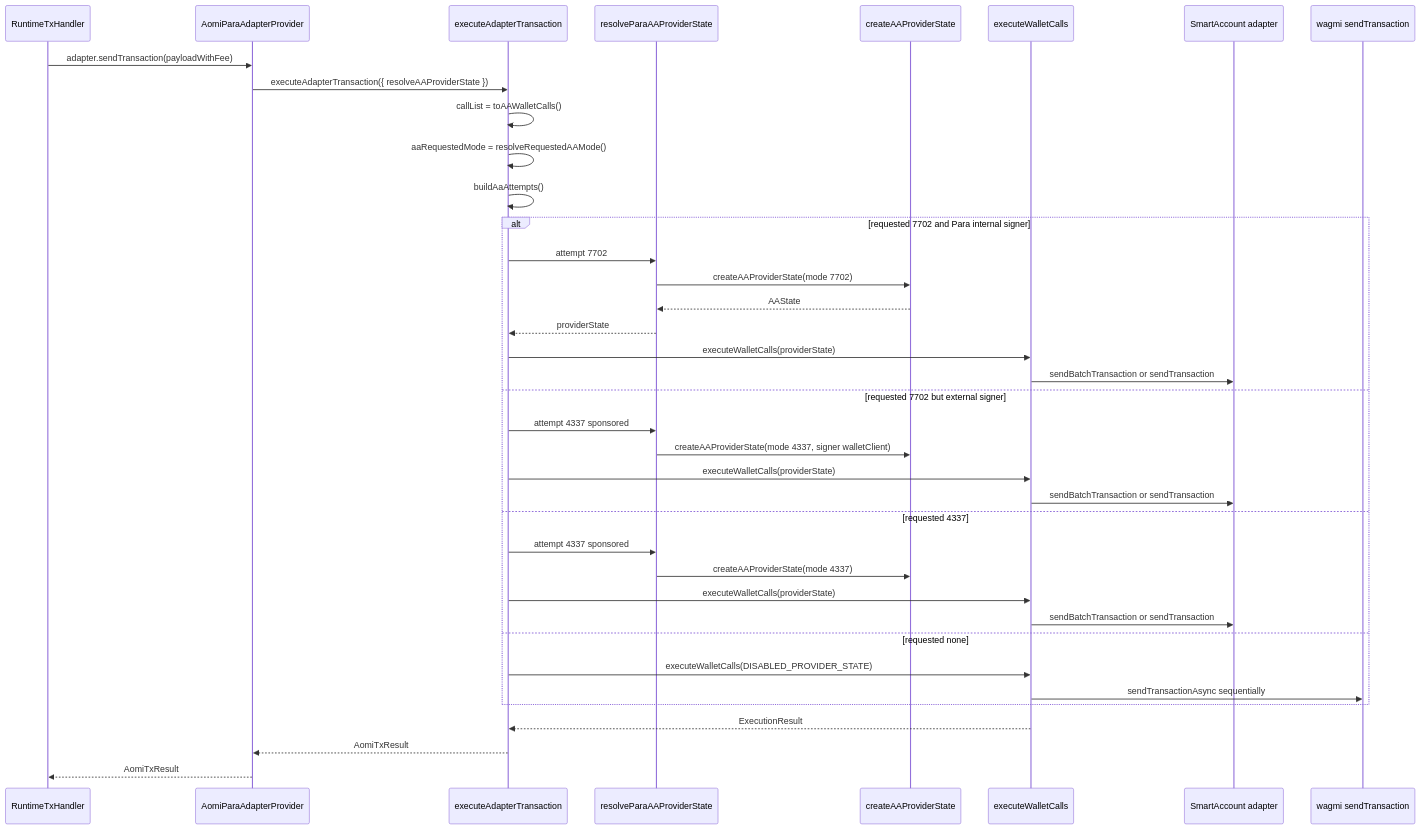
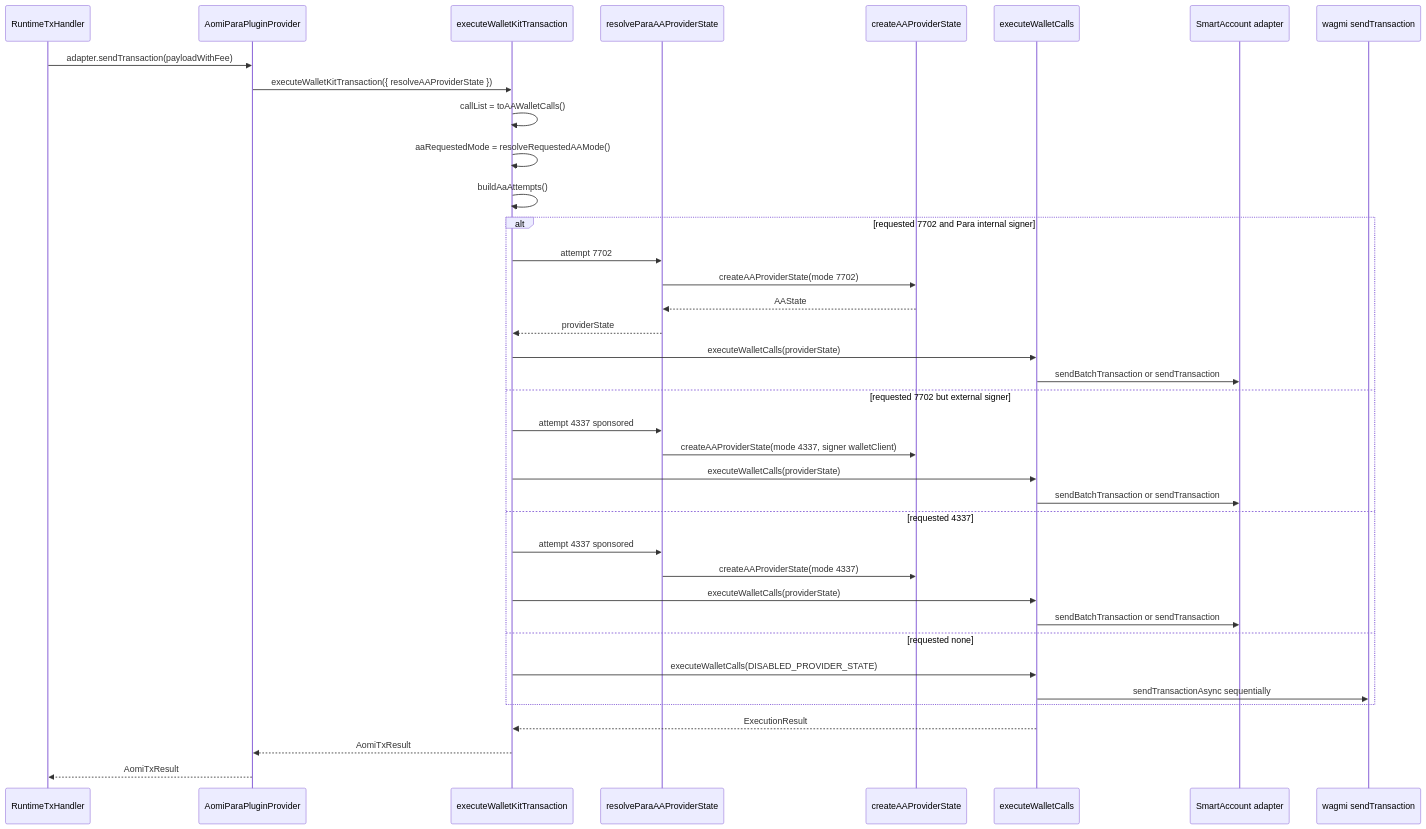
One commit to aomi-labs/aomi-widget changed diagram 12 of 24 in specs/WALLET-ADAPTERS-ARCH.md. Above: the diagram before and after it, drawn with Mermaid. The commit also changed other lines of this file and 200 other files, not shown here.

````diff
--- a/specs/WALLET-ADAPTERS-ARCH.md
+++ b/specs/WALLET-ADAPTERS-ARCH.md
@@ -714,41 +714,41 @@
 ```mermaid
 sequenceDiagram
   participant Runtime as RuntimeTxHandler
-  participant ParaAdapter as AomiParaAdapterProvider
-  participant Shared as executeAdapterTransaction
+  participant ParaAdapter as AomiParaPluginProvider
+  participant Shared as executeWalletKitTransaction
   participant ParaResolve as resolveParaAAProviderState
   participant CreateAA as createAAProviderState
   participant ClientExec as executeWalletCalls
   participant SmartAccount as SmartAccount adapter
   participant Wallet as wagmi sendTransaction
 
   Runtime->>ParaAdapter: adapter.sendTransaction(payloadWithFee)
-  ParaAdapter->>Shared: executeAdapterTransaction({ resolveAAProviderState })
+  ParaAdapter->>Shared: executeWalletKitTransaction({ resolveAAProviderState })
   Shared->>Shared: callList = toAAWalletCalls()
   Shared->>Shared: aaRequestedMode = resolveRequestedAAMode()
   Shared->>Shared: buildAaAttempts()
   alt requested 7702 and Para internal signer
     Shared->>ParaResolve: attempt 7702
     ParaResolve->>CreateAA: createAAProviderState(mode 7702)
     CreateAA-->>ParaResolve: AAState
     ParaResolve-->>Shared: providerState
     Shared->>ClientExec: executeWalletCalls(providerState)
     ClientExec->>SmartAccount: sendBatchTransaction or sendTransaction
   else requested 7702 but external signer
     Shared->>ParaResolve: attempt 4337 sponsored
     ParaResolve->>CreateAA: createAAProviderState(mode 4337, signer walletClient)
     Shared->>ClientExec: executeWalletCalls(providerState)
     ClientExec->>SmartAccount: sendBatchTransaction or sendTransaction
   else requested 4337
     Shared->>ParaResolve: attempt 4337 sponsored
     ParaResolve->>CreateAA: createAAProviderState(mode 4337)
     Shared->>ClientExec: executeWalletCalls(providerState)
     ClientExec->>SmartAccount: sendBatchTransaction or sendTransaction
   else requested none
     Shared->>ClientExec: executeWalletCalls(DISABLED_PROVIDER_STATE)
     ClientExec->>Wallet: sendTransactionAsync sequentially
   end
   ClientExec-->>Shared: ExecutionResult
   Shared-->>ParaAdapter: AomiTxResult
   ParaAdapter-->>Runtime: AomiTxResult
 ```
````
